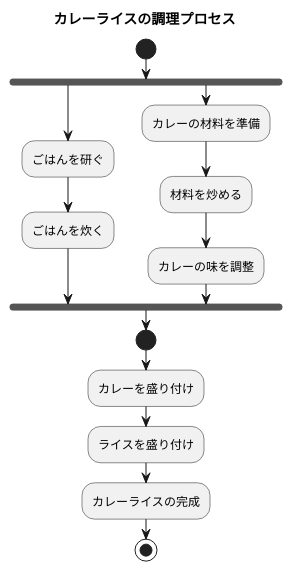
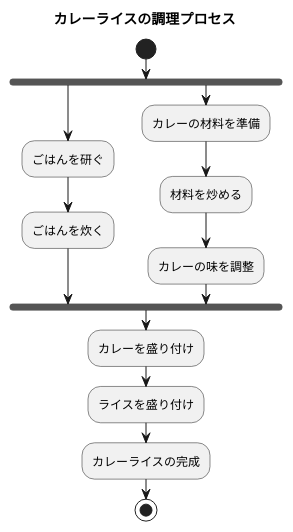
One commit to nishiyu0919/uml-introduction changed the diagram in 7章練習_ACカレーライス.pu. Above: the diagram before and after it, drawn with PlantUML.

Commit message:
演習7

```diff
--- a/7章練習_ACカレーライス.pu
+++ b/7章練習_ACカレーライス.pu
@@ -1,18 +1,17 @@
 @startuml 演習7
 title カレーライスの調理プロセス
 
 start
 fork
 :ごはんを研ぐ;
 :ごはんを炊く;
 fork again
 :カレーの材料を準備;
 :材料を炒める;
 :カレーの味を調整;
 fork end
-start
 :カレーを盛り付け;
 :ライスを盛り付け;
 :カレーライスの完成;
 stop
 @enduml
```
